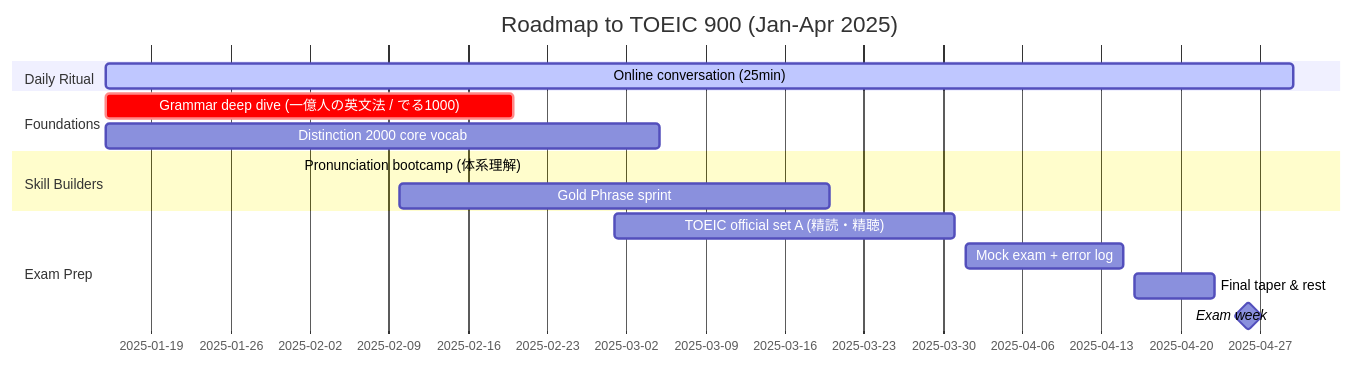
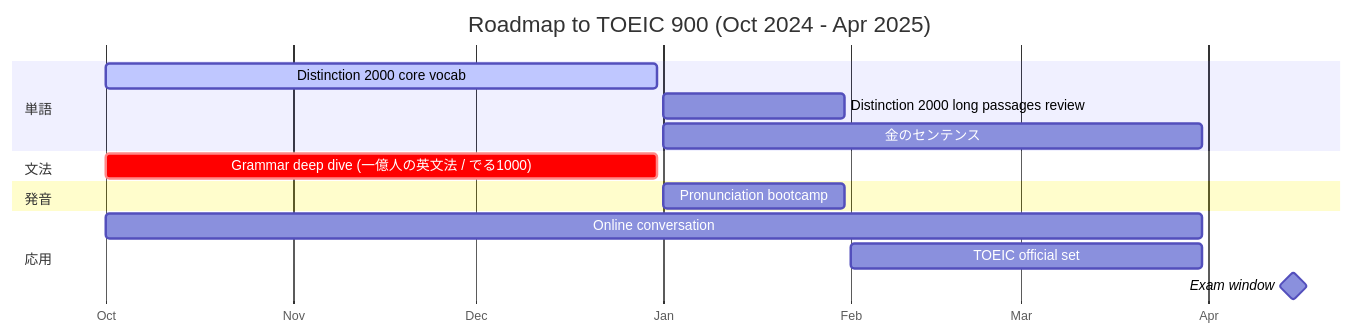
Before and after one commit to HibikiAikawa/toeic-900-challenge: the diagram in README.md, drawn with Mermaid.

````diff
--- a/README.md
+++ b/README.md
@@ -76,22 +76,22 @@
 ```mermaid
 gantt
-    title Roadmap to TOEIC 900 (Jan-Apr 2025)
+    title Roadmap to TOEIC 900 (Oct 2024 - Apr 2025)
     dateFormat  YYYY-MM-DD
+    axisFormat  %b
 
-    section Daily Ritual
-    Online conversation (25min)     :active, conv, 2025-01-15, 2025-04-30
+    section 単語
+    Distinction 2000 core vocab            :active, vocab1, 2024-10-01, 2024-12-31
+    Distinction 2000 long passages review  :vocab1b, 2025-01-01, 2025-01-31
+    金のセンテンス                    :vocab2, 2025-01-01, 2025-03-31
 
-    section Foundations
-    Grammar deep dive (一億人の英文法 / でる1000) :crit, grammar, 2025-01-15, 2025-02-20
-    Distinction 2000 core vocab                         :vocab1, 2025-01-15, 2025-03-05
+    section 文法
+    Grammar deep dive (一億人の英文法 / でる1000) :crit, grammar, 2024-10-01, 2024-12-31
 
-    section Skill Builders
-    Pronunciation bootcamp (体系理解)                   :pron, 2025-02-01, 2025-02-29
-    Gold Phrase sprint                                  :vocab2, 2025-02-10, 2025-03-20
+    section 発音
+    Pronunciation bootcamp        :pron, 2025-01-01, 2025-01-31
 
-    section Exam Prep
-    TOEIC official set A (精読・精聴)                    :prep1, 2025-03-01, 2025-03-31
-    Mock exam + error log                               :prep2, 2025-04-01, 2025-04-15
-    Final taper & rest                                  :final, 2025-04-16, 2025-04-23
-    Exam week                                           :milestone, exam, 2025-04-26, 0d
+    section 応用
+    Online conversation     :conv, 2024-10-01, 2025-03-31
+    TOEIC official set        :prep1, 2025-02-01, 2025-03-31
+    Exam window                            :milestone, exam, 2025-04-15, 0d
 ```
````
